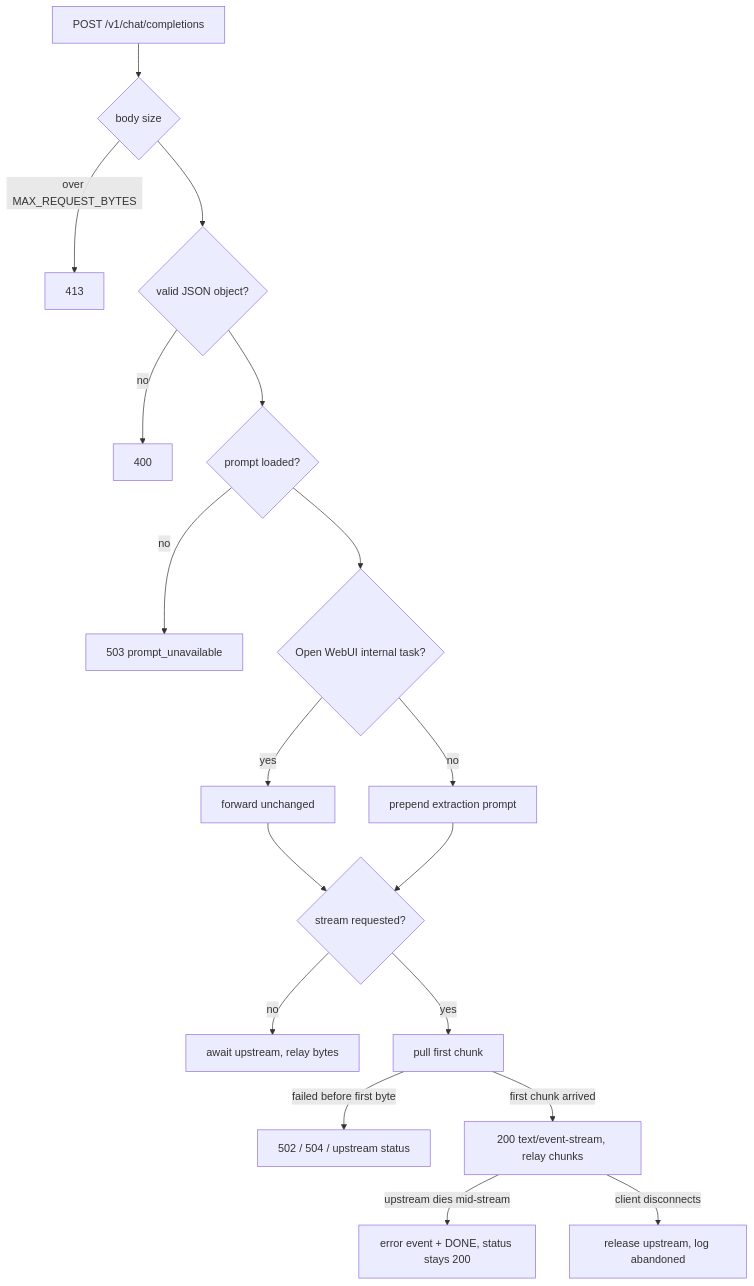
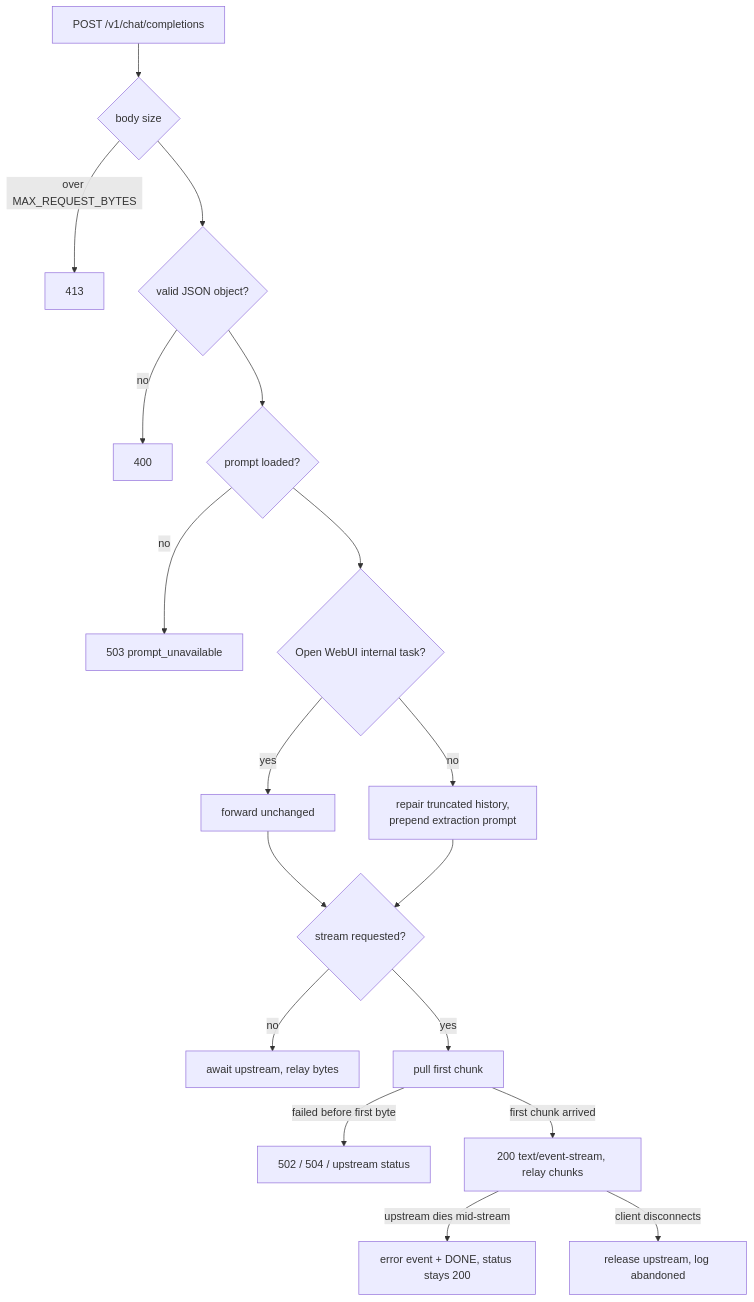
Before and after one commit to Kolikant/flaxmor-interview: the diagram in README.md, drawn with Mermaid. The commit also changed other lines of this file and 3 other files, not shown here.

````diff
--- a/README.md
+++ b/README.md
@@ -111,20 +111,20 @@
 ```mermaid
 flowchart TD
   A[POST /v1/chat/completions] --> B{body size}
   B -->|over MAX_REQUEST_BYTES| B1[413]
   B --> C{valid JSON object?}
   C -->|no| C1[400]
   C --> D{prompt loaded?}
   D -->|no| D1[503 prompt_unavailable]
   D --> E{Open WebUI internal task?}
   E -->|yes| F[forward unchanged]
-  E -->|no| G[prepend extraction prompt]
+  E -->|no| G[repair truncated history,<br/>prepend extraction prompt]
   F --> H{stream requested?}
   G --> H
   H -->|no| I[await upstream, relay bytes]
   H -->|yes| J[pull first chunk]
   J -->|failed before first byte| J1[502 / 504 / upstream status]
   J -->|first chunk arrived| K[200 text/event-stream, relay chunks]
   K -->|upstream dies mid-stream| K1[error event + DONE, status stays 200]
   K -->|client disconnects| K2[release upstream, log abandoned]
 ```
````
